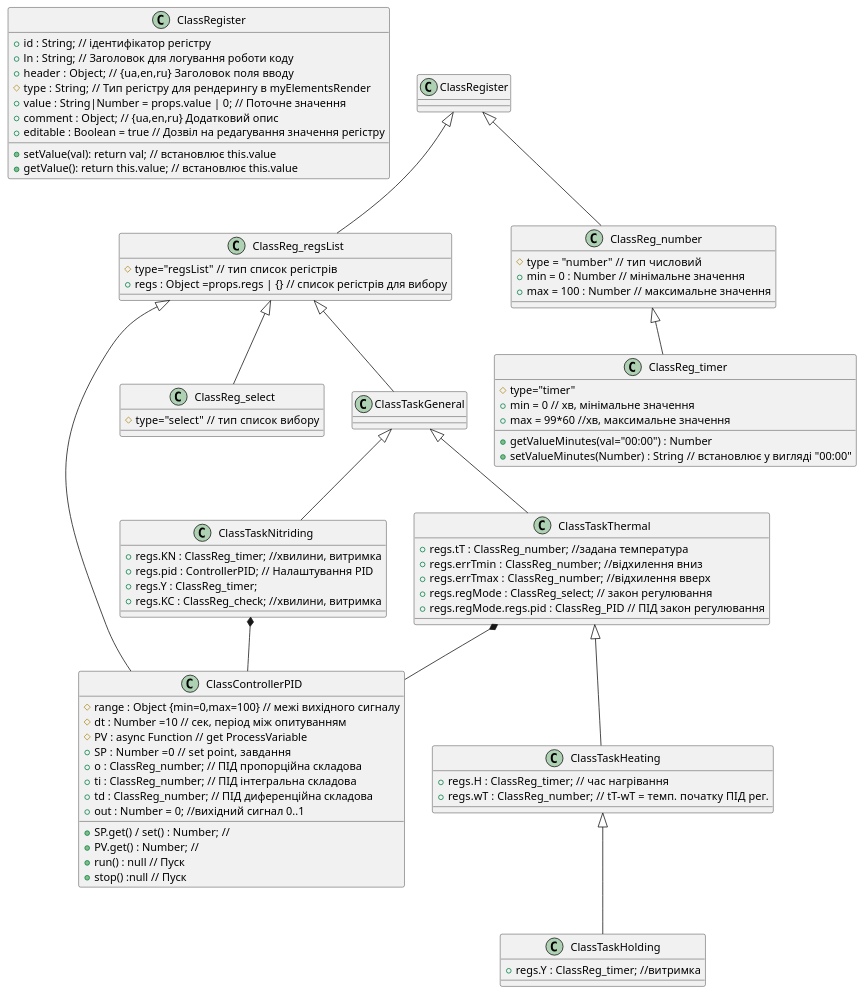
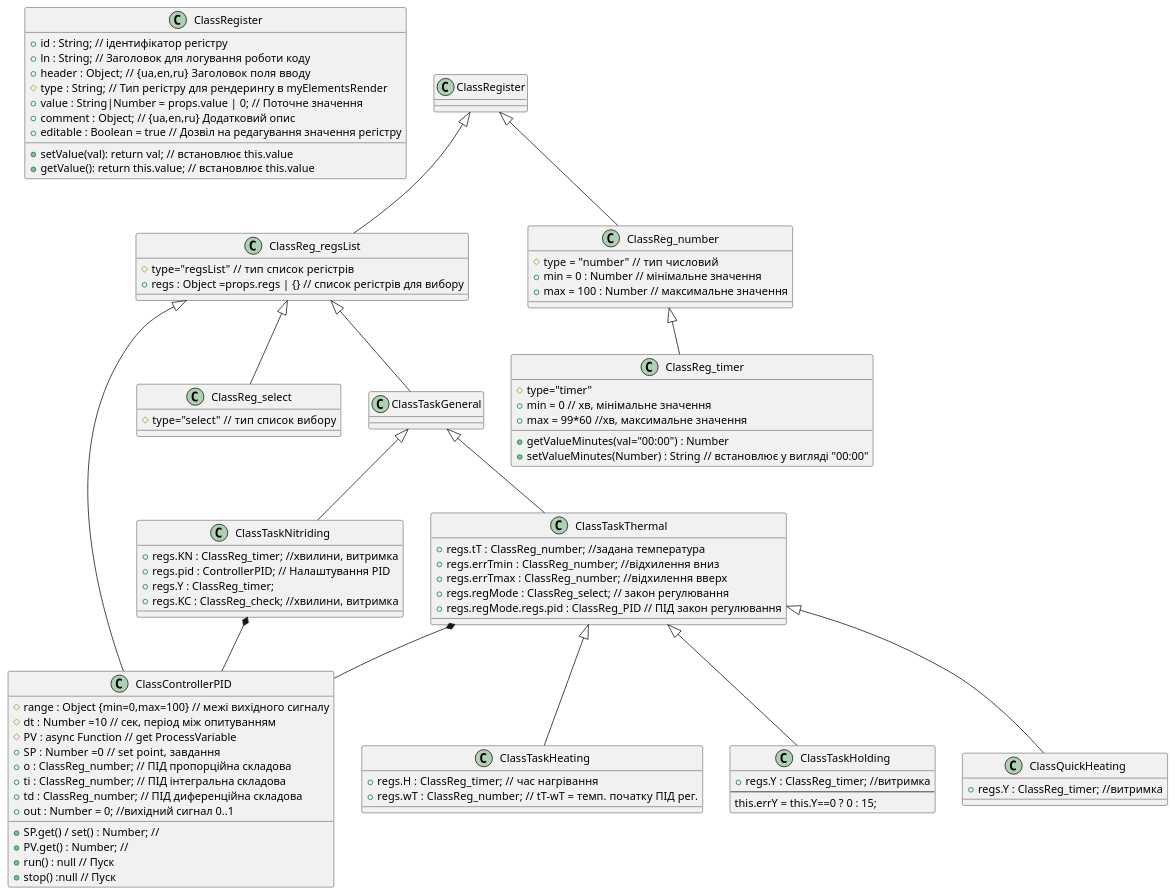
One commit to YVitalii/ASUTP2021 changed the diagram in controllers/tasksController/ClassesTaskDiagrams.puml. Above: the diagram before and after it, drawn with PlantUML. The commit also changed 6 other files, not shown here.

```diff
--- a/controllers/tasksController/ClassesTaskDiagrams.puml
+++ b/controllers/tasksController/ClassesTaskDiagrams.puml
@@ -1,117 +1,123 @@
 @startuml ClassTasks
 
  
 
 class "ClassRegister" as register { 
     +id : String; // ідентифікатор регістру
     +ln : String; // Заголовок для логування роботи коду
     +header : Object; // {ua,en,ru}  Заголовок поля вводу
     #type :  String; // Тип регістру для рендерингу в myElementsRender
     +value : String|Number = props.value | 0; // Поточне значення
     +comment : Object; // {ua,en,ru} Додатковий опис
     +editable : Boolean = true // Дозвіл на редагування значення регістру
     +setValue(val): return val; // встановлює this.value
     +getValue(): return this.value; // встановлює this.value
 }
 
 class ClassReg_regsList {
     #type="regsList"  // тип список регістрів
     +regs : Object =props.regs | {} // список регістрів для вибору
 }
 
 ClassRegister <|-- ClassReg_regsList
 
 class ClassTaskGeneral {
 '    //+regs : Object = props.regs : {} // контейнер для списку регістрів
 }
 
 ClassReg_regsList <|-- ClassTaskGeneral
 
 class ClassControllerPID {
     #range : Object {min=0,max=100} // межі вихідного сигналу
     #dt : Number =10 // сек, період між опитуванням
     #PV : async Function // get ProcessVariable
     +SP : Number =0  // set point, завдання
     +o : ClassReg_number; // ПІД пропорційна складова
     +ti : ClassReg_number; // ПІД інтегральна складова
     +td : ClassReg_number; // ПІД диференційна складова
     +out : Number = 0; //вихідний сигнал 0..1
     +SP.get() / set() : Number; //
     +PV.get() : Number; //
     +run() : null // Пуск
     +stop() :null // Пуск
 }
 ClassReg_regsList <|-- ClassControllerPID
 ' Поки закон ПОЗ - невикористовуємо
 ' class POScontroller { 
 '     o : ClassReg_number; // неузг.температури
 ' }
 
 class ClassTaskThermal {
     +regs.tT : ClassReg_number; //задана температура
     +regs.errTmin :  ClassReg_number; //відхилення вниз
     +regs.errTmax :  ClassReg_number; //відхилення вверх
     +regs.regMode : ClassReg_select; // закон регулювання
     ' +regs.regMode.regs.pos : POScontroller; // ПОЗ закон регулювання
     +regs.regMode.regs.pid : ClassReg_PID // ПІД закон регулювання
     
  }
 
 ClassTaskThermal *-- ClassControllerPID
 ' ClassTaskThermal *-- POScontroller
 
 class ClassTaskHeating {
     +regs.H :  ClassReg_timer; // час нагрівання
     +regs.wT :  ClassReg_number; // tT-wT = темп. початку ПІД рег.
 }
 
 class ClassTaskHolding {
     +regs.Y : ClassReg_timer; //витримка 
+    ---
+    this.errY = this.Y==0 ? 0 : 15;
 } 
 
 
+class ClassQuickHeating {
+    +regs.Y : ClassReg_timer; //витримка 
+} 
 
 ClassTaskGeneral <|--  ClassTaskThermal
 ClassTaskThermal  <|--  ClassTaskHeating
-ClassTaskHeating  <|-- ClassTaskHolding
+ClassTaskThermal  <|-- ClassTaskHolding
+ClassTaskThermal  <|-- ClassQuickHeating
 
 ' -------------  Nitriding Process --------------------------------
 class ClassTaskNitriding {
     +regs.KN : ClassReg_timer; //хвилини, витримка 
     +regs.pid : ControllerPID; // Налаштування PID
     +regs.Y : ClassReg_timer;
     +regs.KC : ClassReg_check; //хвилини, витримка
 
 } 
 ClassTaskGeneral <|--  ClassTaskNitriding
 ClassTaskNitriding *-- ClassControllerPID
 
 class ClassReg_number {
     #type = "number"  // тип числовий
     +min = 0 : Number // мінімальне значення  
     +max = 100 : Number // максимальне значення
 }
 ClassRegister <|-- ClassReg_number
 
 
 
 
 
 class ClassReg_select {
     #type="select"  // тип список вибору
 }
 
 ClassReg_regsList <|-- ClassReg_select
 
 
 class ClassReg_timer {
     #type="timer"
     +min = 0 // хв, мінімальне значення  
     +max = 99*60 //хв, максимальне значення
     +getValueMinutes(val="00:00") : Number
     +setValueMinutes(Number) : String // встановлює у вигляді "00:00" 
  }
 
  ClassReg_number <|-- ClassReg_timer
 
 @enduml
```
